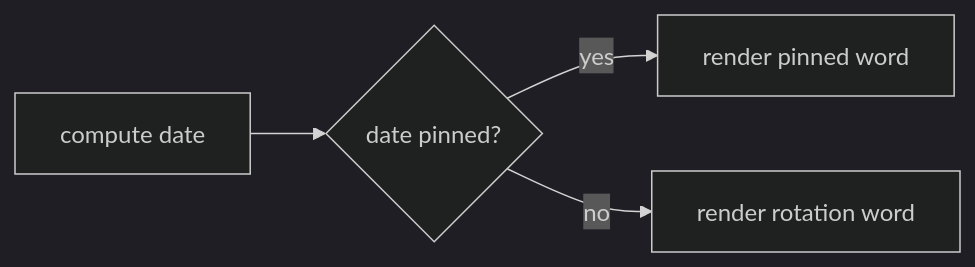
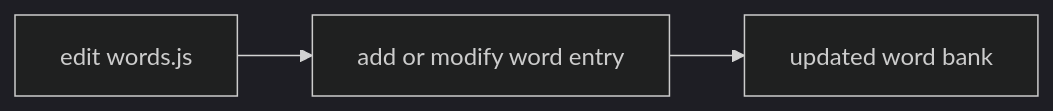
Before and after one commit to cptntrps/korean-word-of-the-day: the third of 3 diagrams in docs/3_WORKFLOWS.md, drawn with Mermaid (dark theme). The commit also changed other lines of this file and 5 other files, not shown here.

````diff
--- a/docs/3_WORKFLOWS.md
+++ b/docs/3_WORKFLOWS.md
@@ -49,6 +68,5 @@
-```mermaid
-graph LR
-  A[compute date] --> B{date pinned?}
-  B -->|yes| C[render pinned word]
-  B -->|no| D[render rotation word]
-```
+  ```mermaid
+  graph LR
+    A[edit words.js] --> B[add or modify word entry]
+    B --> C[updated word bank]
+  ```
````
